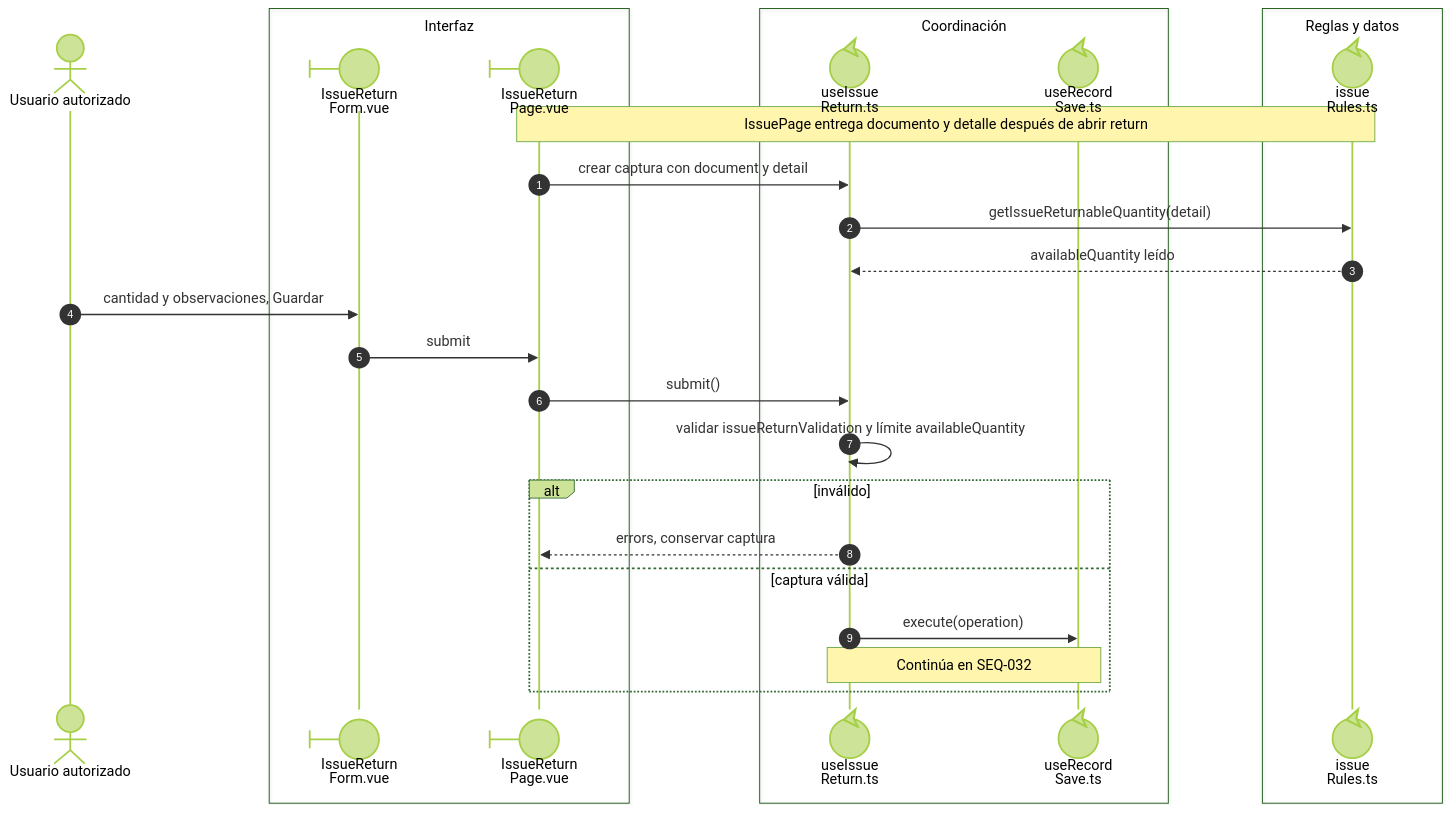
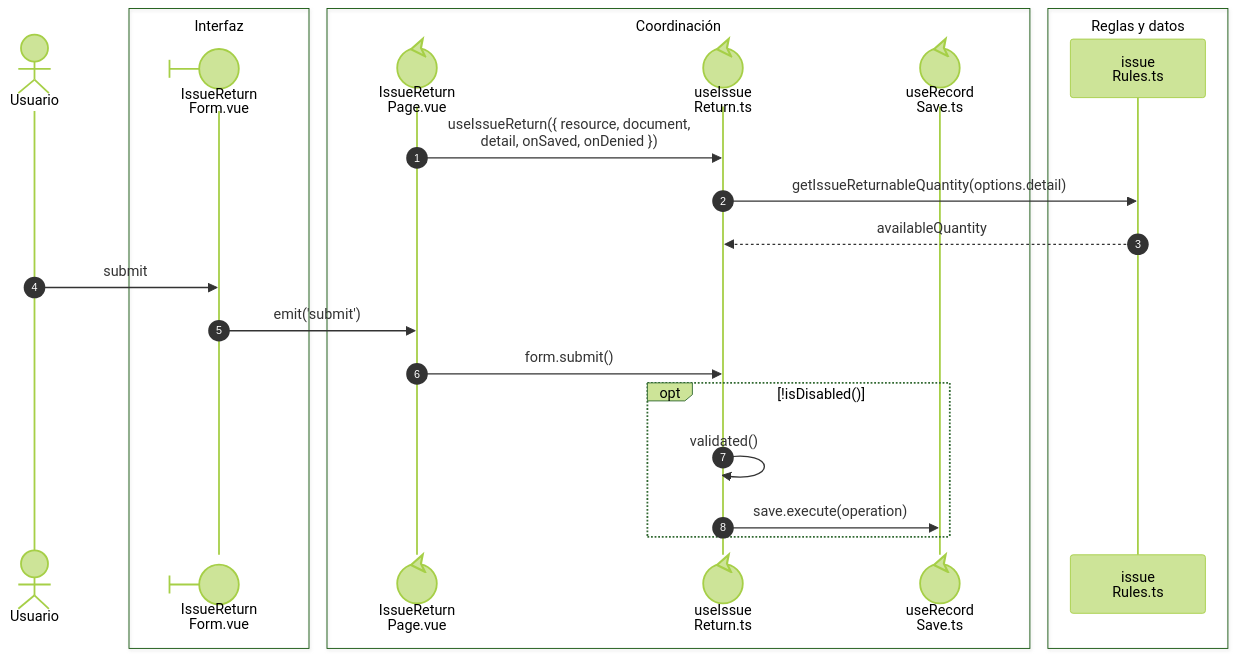
Before and after one commit to gpgsistemas01/nexus: the first of 2 diagrams in front/docs/architecture/views/processes/07-issues/03-issue-return.md, drawn with Mermaid (forest theme). The commit also changed other lines of this file and 43 other files, not shown here.

````diff
--- a/front/docs/architecture/views/processes/07-issues/03-issue-return.md
+++ b/front/docs/architecture/views/processes/07-issues/03-issue-return.md
@@ -13,30 +9,26 @@
 ```mermaid
 sequenceDiagram
     autonumber
-    actor U as Usuario autorizado
+    actor U as Usuario
     box Interfaz
     participant Form@{ "type": "boundary" } as IssueReturn<br/>Form.vue
-    participant Page@{ "type": "boundary" } as IssueReturn<br/>Page.vue
     end
     box Coordinación
+    participant Page@{ "type": "control" } as IssueReturn<br/>Page.vue
     participant Return@{ "type": "control" } as useIssue<br/>Return.ts
     participant Save@{ "type": "control" } as useRecord<br/>Save.ts
     end
     box Reglas y datos
-    participant Rules@{ "type": "control" } as issue<br/>Rules.ts
+    participant Rules as issue<br/>Rules.ts
     end
-    Note over Page,Rules: IssuePage entrega documento y detalle después de abrir return
-    Page->>Return: crear captura con document y detail
-    Return->>Rules: getIssueReturnableQuantity(detail)
-    Rules-->>Return: availableQuantity leído
-    U->>Form: cantidad y observaciones, Guardar
-    Form->>Page: submit
-    Page->>Return: submit()
-    Return->>Return: validar issueReturnValidation y límite availableQuantity
-    alt inválido
-        Return-->>Page: errors, conservar captura
-    else captura válida
-        Return->>Save: execute(operation)
-        Note over Return,Save: Continúa en SEQ-032
+    Page->>Return: nowrap: useIssueReturn({ resource, document,<br/>detail, onSaved, onDenied })
+    Return->>Rules: nowrap: getIssueReturnableQuantity(options.detail)
+    Rules-->>Return: nowrap: availableQuantity
+    U->>Form: nowrap: submit
+    Form->>Page: nowrap: emit('submit')
+    Page->>Return: nowrap: form.submit()
+    opt nowrap: !isDisabled()
+        Return->>Return: nowrap: validated()
+        Return->>Save: nowrap: save.execute(operation)
     end
 ```
````
